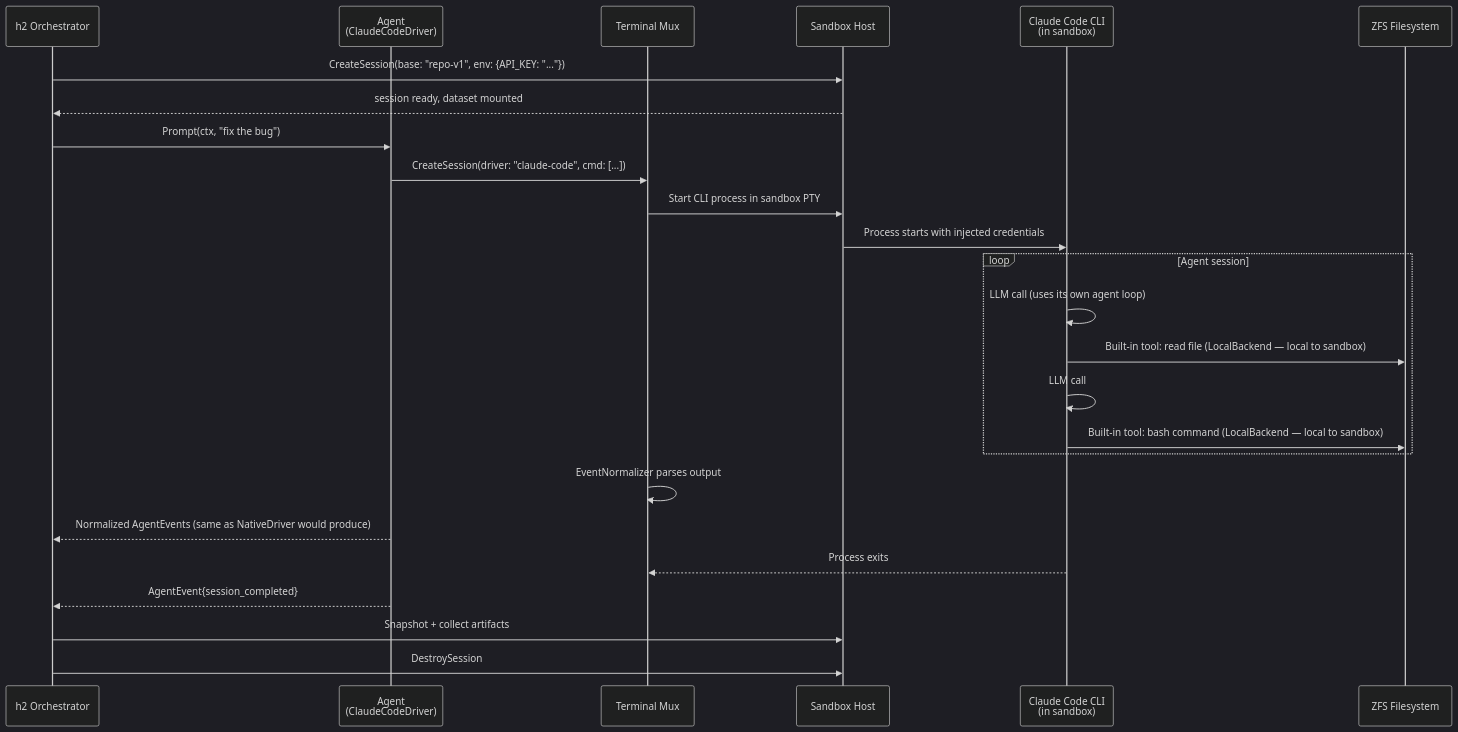
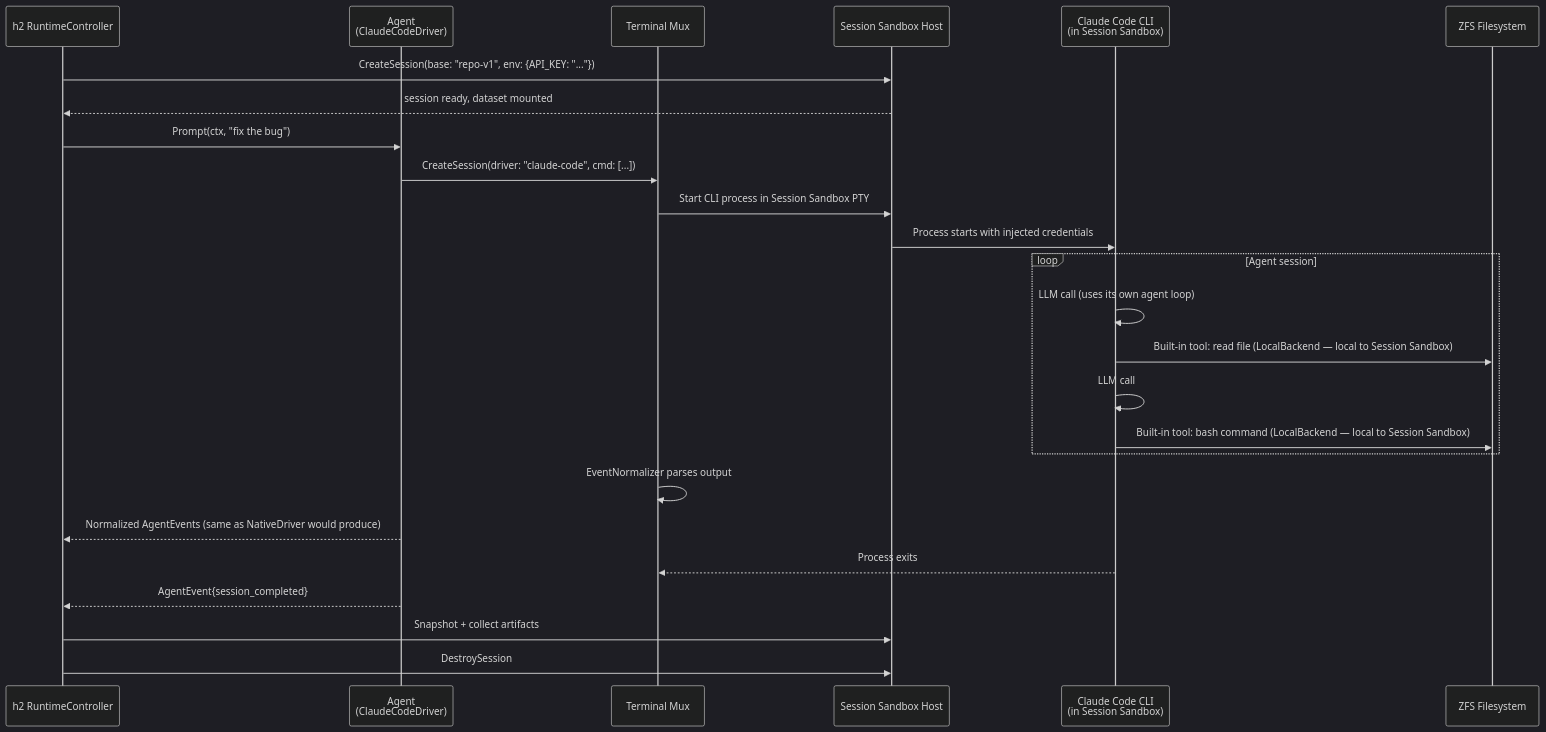
The tenth of 11 diagrams in docs/plans/00-architecture.md (dcosson/flex-agent-runtime), drawn with Mermaid (dark theme) before and after one commit. The commit also changed other lines of this file and 1 other file, not shown here.

First line of the commit message:
Reorganize architecture doc with high-level framing first

````diff
--- a/docs/plans/00-architecture.md
+++ b/docs/plans/00-architecture.md
@@ -838,32 +915,32 @@
 ```mermaid
 sequenceDiagram
-    participant H2 as h2 Orchestrator
+    participant H2 as h2 RuntimeController
     participant Agent as Agent<br/>(ClaudeCodeDriver)
     participant TMux as Terminal Mux
-    participant SH as Sandbox Host
-    participant CLI as Claude Code CLI<br/>(in sandbox)
+    participant SH as Session Sandbox Host
+    participant CLI as Claude Code CLI<br/>(in Session Sandbox)
     participant ZFS as ZFS Filesystem
 
     H2->>SH: CreateSession(base: "repo-v1", env: {API_KEY: "..."})
     SH-->>H2: session ready, dataset mounted
 
     H2->>Agent: Prompt(ctx, "fix the bug")
     Agent->>TMux: CreateSession(driver: "claude-code", cmd: [...])
-    TMux->>SH: Start CLI process in sandbox PTY
+    TMux->>SH: Start CLI process in Session Sandbox PTY
     SH->>CLI: Process starts with injected credentials
 
     loop Agent session
         CLI->>CLI: LLM call (uses its own agent loop)
-        CLI->>ZFS: Built-in tool: read file (LocalBackend — local to sandbox)
+        CLI->>ZFS: Built-in tool: read file (LocalBackend — local to Session Sandbox)
         CLI->>CLI: LLM call
-        CLI->>ZFS: Built-in tool: bash command (LocalBackend — local to sandbox)
+        CLI->>ZFS: Built-in tool: bash command (LocalBackend — local to Session Sandbox)
     end
 
     TMux->>TMux: EventNormalizer parses output
     Agent-->>H2: Normalized AgentEvents (same as NativeDriver would produce)
 
     CLI-->>TMux: Process exits
     Agent-->>H2: AgentEvent{session_completed}
     H2->>SH: Snapshot + collect artifacts
     H2->>SH: DestroySession
 ```
````
